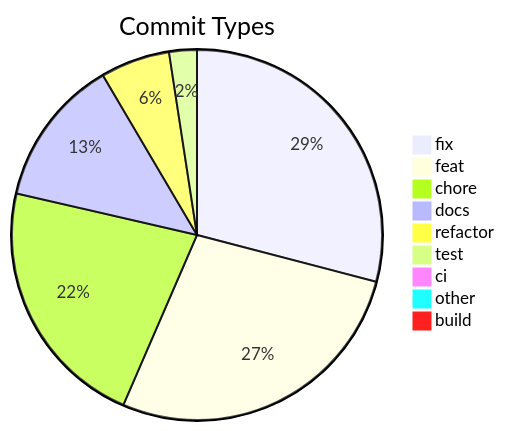
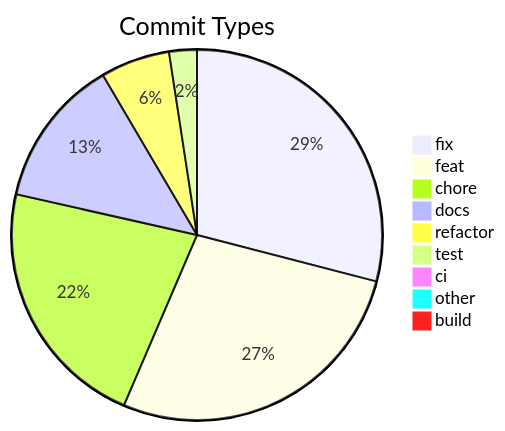
The diagram in .shipwright/compliance/change-history.md (svenroth-ai/shipwright), drawn with Mermaid before and after one commit. The commit also changed other lines of this file and 13 other files, not shown here.

````diff
--- a/.shipwright/compliance/change-history.md
+++ b/.shipwright/compliance/change-history.md
@@ -8,12 +8,12 @@
 ```mermaid
 pie title Commit Types
     "fix" : 288
     "feat" : 272
     "chore" : 219
-    "docs" : 128
+    "docs" : 129
     "refactor" : 60
     "test" : 24
     "ci" : 7
     "other" : 7
     "build" : 1
 ```
````
